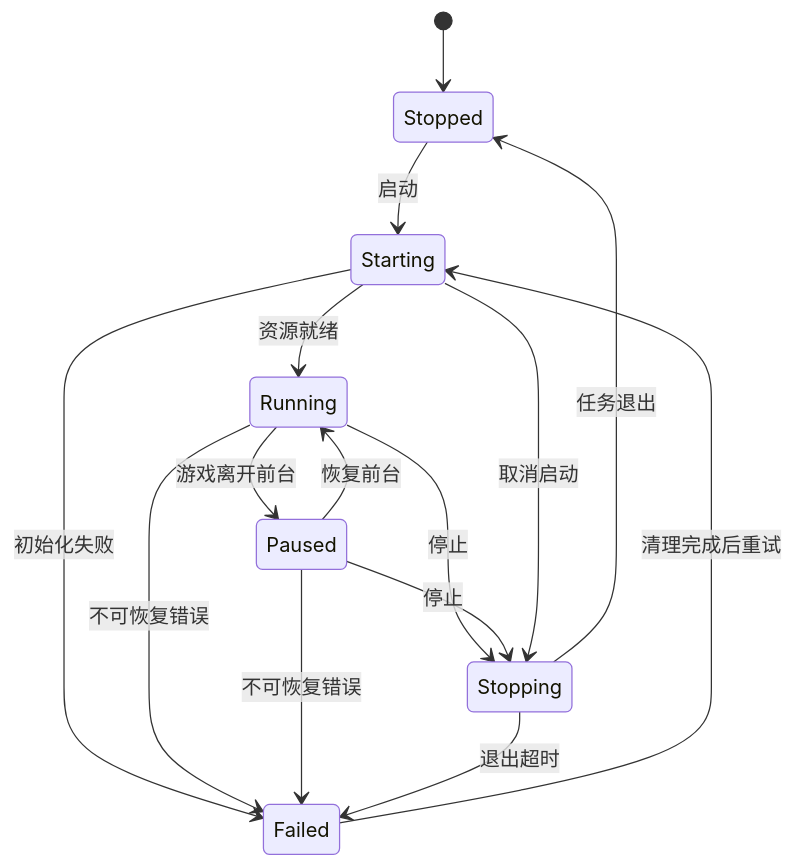
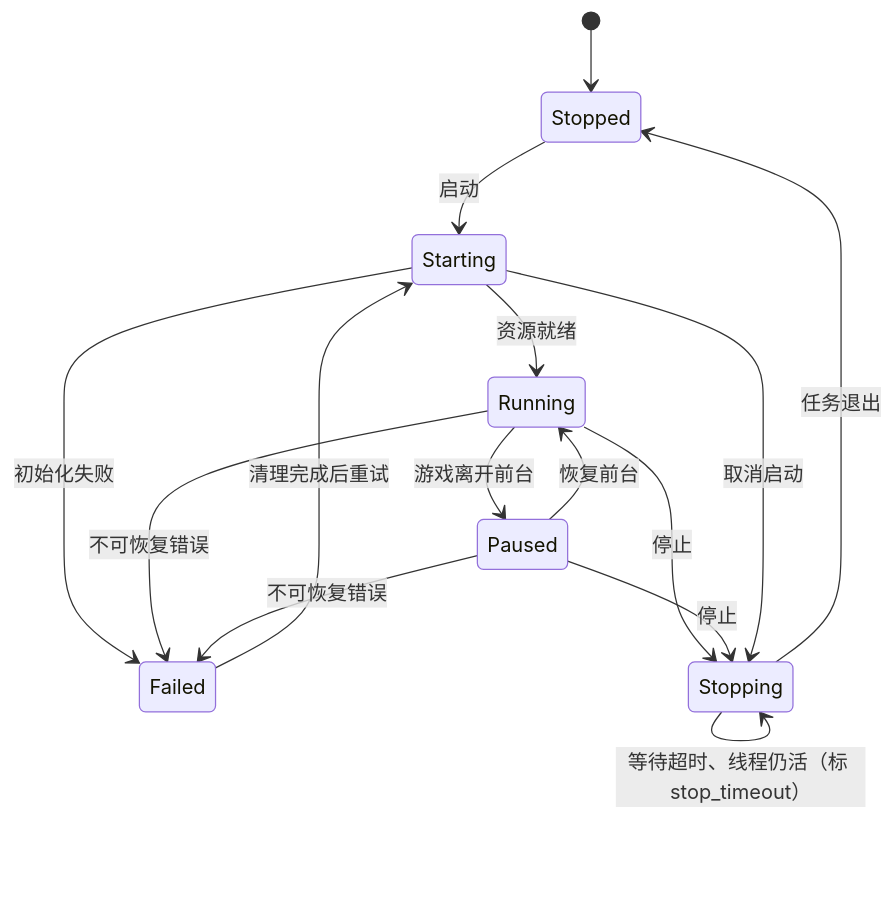
Before and after one commit to Adm-TT/Astral-Toolkit: the second of 2 diagrams in docs/superpowers/specs/2026-11-02-at-architecture.md, drawn with Mermaid. The commit also changed other lines of this file, not shown here.

````diff
--- a/docs/superpowers/specs/2026-11-02-at-architecture.md
+++ b/docs/superpowers/specs/2026-11-02-at-architecture.md
@@ -367,17 +393,17 @@
 ```mermaid
 stateDiagram-v2
     [*] --> Stopped
     Stopped --> Starting: 启动
     Starting --> Running: 资源就绪
     Starting --> Failed: 初始化失败
     Running --> Paused: 游戏离开前台
     Paused --> Running: 恢复前台
     Running --> Stopping: 停止
     Paused --> Stopping: 停止
     Starting --> Stopping: 取消启动
     Running --> Failed: 不可恢复错误
     Paused --> Failed: 不可恢复错误
     Stopping --> Stopped: 任务退出
-    Stopping --> Failed: 退出超时
+    Stopping --> Stopping: 等待超时、线程仍活（标 stop_timeout）
     Failed --> Starting: 清理完成后重试
 ```
````
